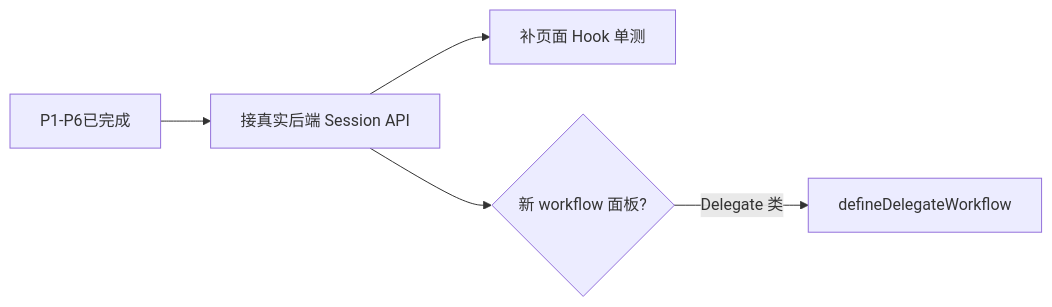
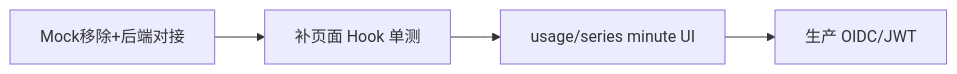
The diagram in docs/Frontend-开发指南.md (quyip8818/mytokenjoy), drawn with Mermaid before and after one commit. The commit also changed other lines of this file and 205 other files, not shown here.

````diff
--- a/docs/Frontend-开发指南.md
+++ b/docs/Frontend-开发指南.md
@@ -539,7 +471,6 @@
 ```mermaid
 flowchart LR
-  done[P1-P6已完成] --> backend[接真实后端 Session API]
-  backend --> tests[补页面 Hook 单测]
-  backend --> workflow{新 workflow 面板?}
-  workflow -->|Delegate 类| factory[defineDelegateWorkflow]
+  done[Mock移除+后端对接] --> tests[补页面 Hook 单测]
+  tests --> series[usage/series minute UI]
+  series --> oidc[生产 OIDC/JWT]
 ```
````
